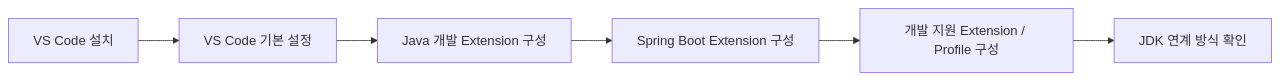
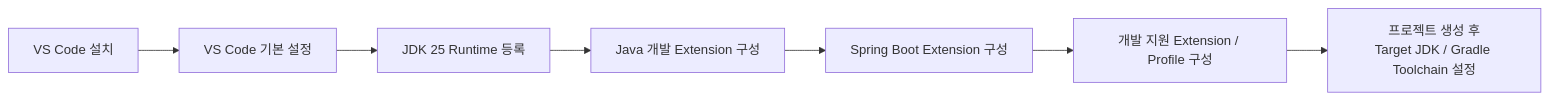
The second of 2 diagrams in docs/01_project_start/02_environment/vscode/vscode_basic_setup.md (Team-Microserver/microserver-docs), drawn with Mermaid before and after one commit. The commit also changed other lines of this file and 9 other files, not shown here.

````diff
--- a/docs/01_project_start/02_environment/vscode/vscode_basic_setup.md
+++ b/docs/01_project_start/02_environment/vscode/vscode_basic_setup.md
@@ -762,9 +900,10 @@
 ```mermaid
 flowchart LR
     A["VS Code 설치"]
     --> B["VS Code 기본 설정"]
+    --> J["JDK 25 Runtime 등록"]
     --> C["Java 개발 Extension 구성"]
     --> D["Spring Boot Extension 구성"]
     --> E["개발 지원 Extension / Profile 구성"]
-    --> F["JDK 연계 방식 확인"]
+    --> F["프로젝트 생성 후<br/>Target JDK / Gradle Toolchain 설정"]
 ```
````
